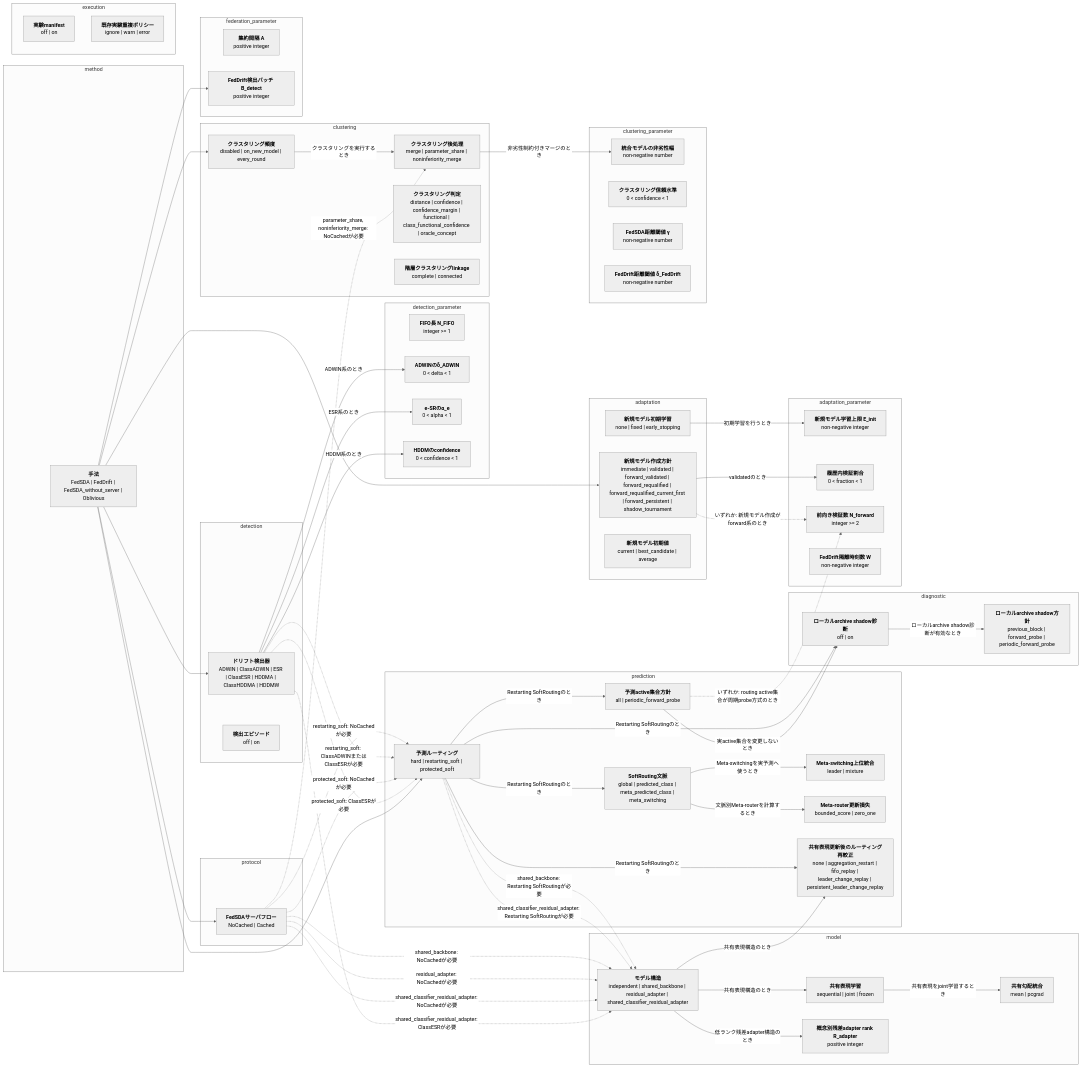
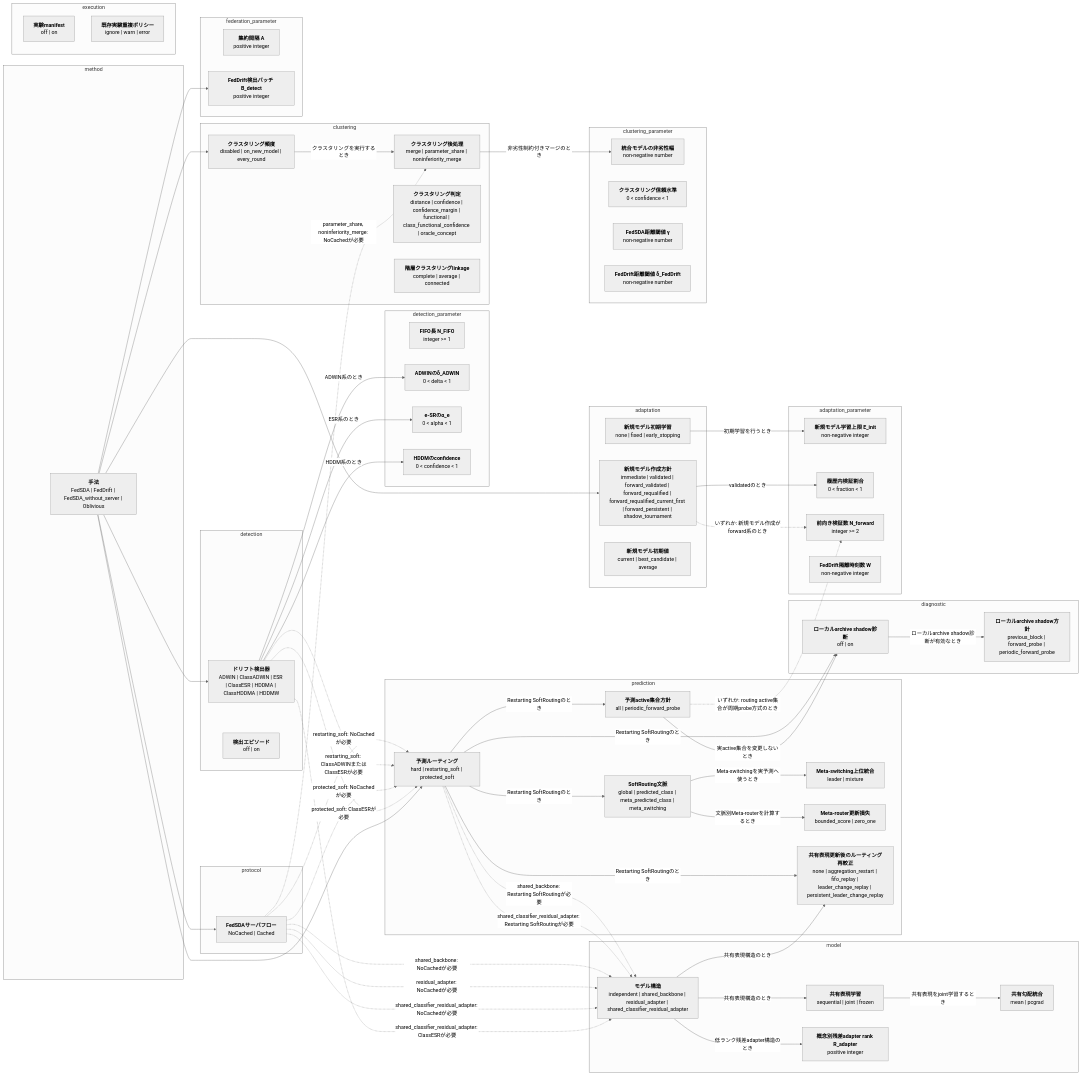
The first of 2 diagrams in docs/options.md (shimmen3141/FedSDA-experiment), drawn with Mermaid (neutral theme) before and after one commit. The commit also changed 6 other files, not shown here.

Commit message:
Add average linkage for model clustering

```diff
--- a/docs/options.md
+++ b/docs/options.md
@@ -66,7 +66,7 @@
     clustering_policy["<b>クラスタリング頻度</b><br/>disabled | on_new_model | every_round"]
     clustering_consolidation["<b>クラスタリング後処理</b><br/>merge | parameter_share | noninferiority_merge"]
     clustering_decision["<b>クラスタリング判定</b><br/>distance | confidence | confidence_margin | functional | class_functional_confidence | oracle_concept"]
-    cluster_linkage["<b>階層クラスタリングlinkage</b><br/>complete | connected"]
+    cluster_linkage["<b>階層クラスタリングlinkage</b><br/>complete | average | connected"]
   end
   subgraph group_clustering_parameter[clustering_parameter]
     merge_noninferiority_margin["<b>統合モデルの非劣性幅</b><br/>non-negative number"]
```
